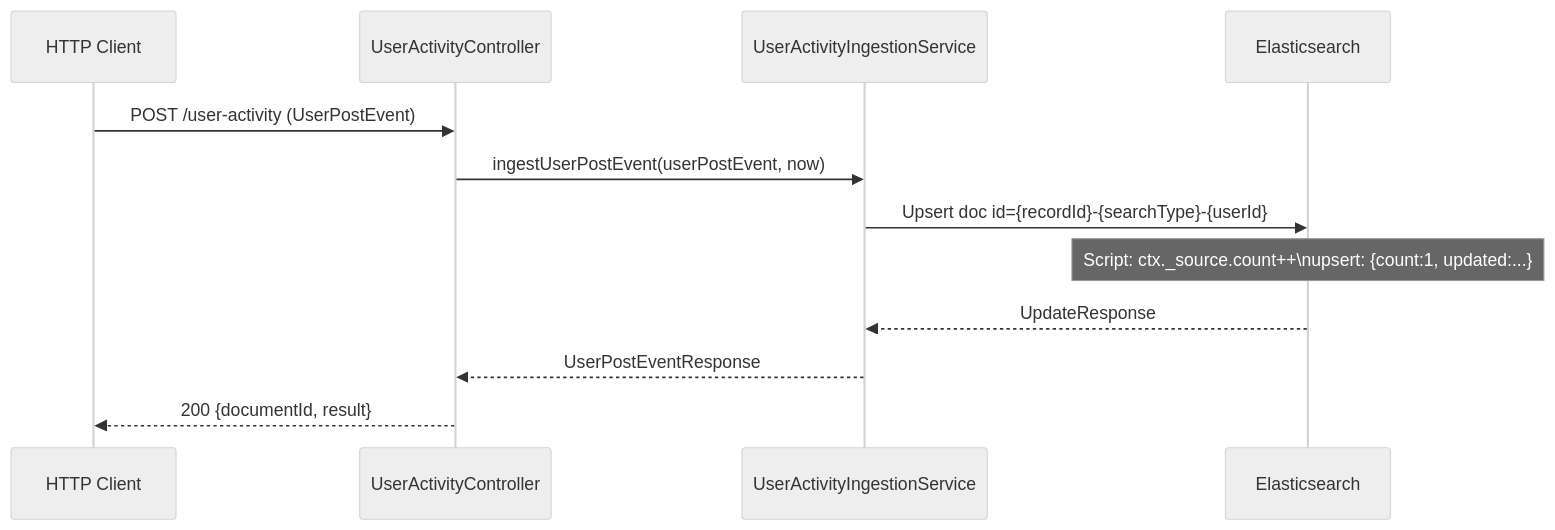
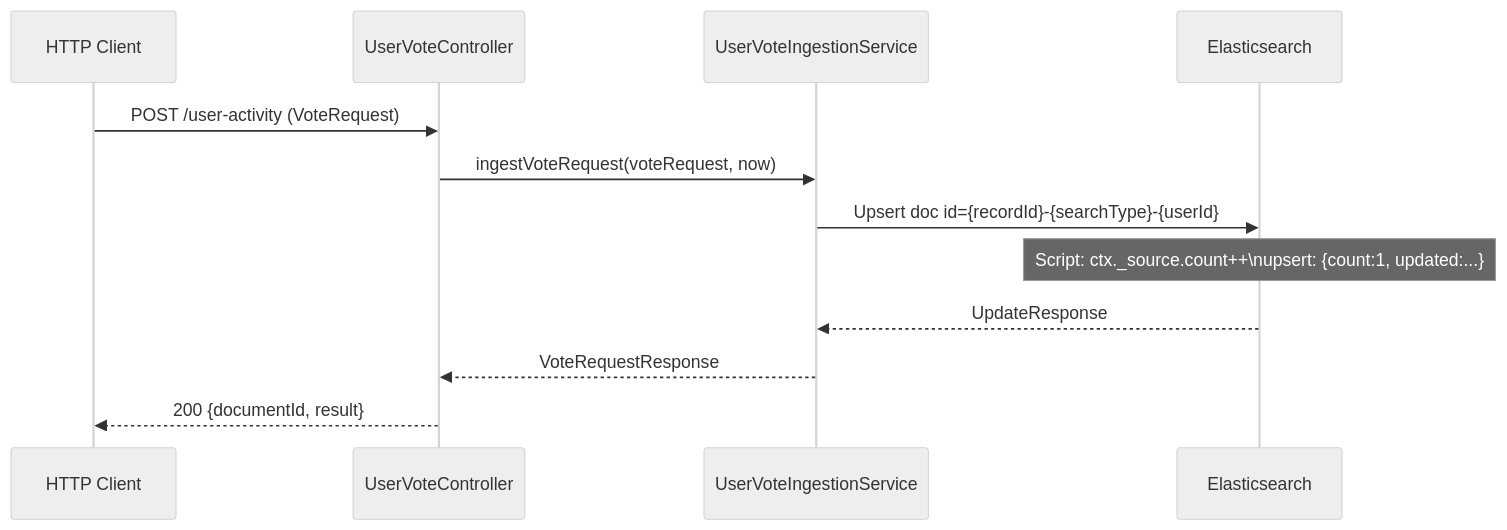
The second of 2 diagrams in elastic/README.md (nklip/JavaCraft), drawn with Mermaid (neutral theme) before and after one commit. The commit also changed other lines of this file and 40 other files, not shown here.

````diff
--- a/elastic/README.md
+++ b/elastic/README.md
@@ -248,15 +248,15 @@
 ```mermaid
 sequenceDiagram
     participant C as HTTP Client
-    participant UHC as UserActivityController
-    participant UHIS as UserActivityIngestionService
+    participant UHC as UserVoteController
+    participant UHIS as UserVoteIngestionService
     participant ES as Elasticsearch
 
-    C->>UHC: POST /user-activity (UserPostEvent)
-    UHC->>UHIS: ingestUserPostEvent(userPostEvent, now)
+    C->>UHC: POST /user-activity (VoteRequest)
+    UHC->>UHIS: ingestVoteRequest(voteRequest, now)
     UHIS->>ES: Upsert doc id={recordId}-{searchType}-{userId}
     note over ES: Script: ctx._source.count++\nupsert: {count:1, updated:...}
     ES-->>UHIS: UpdateResponse
-    UHIS-->>UHC: UserPostEventResponse
+    UHIS-->>UHC: VoteRequestResponse
     UHC-->>C: 200 {documentId, result}
 ```
````
